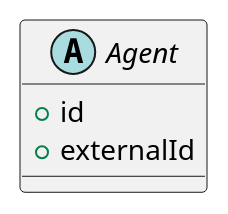
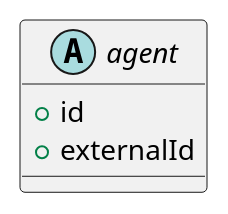
Before and after one commit to chronicleworks/chronicle: the diagram in docs/diagrams/include/agent.iuml, drawn with PlantUML. The commit also changed 12 other files, not shown here.

Commit message:
docs: align prov elements diagram format to chronicle-examples

```diff
--- a/docs/diagrams/include/agent.iuml
+++ b/docs/diagrams/include/agent.iuml
@@ -1,4 +1,4 @@
-abstract Agent {
+abstract agent {
     + id
     + externalId
 }
```
